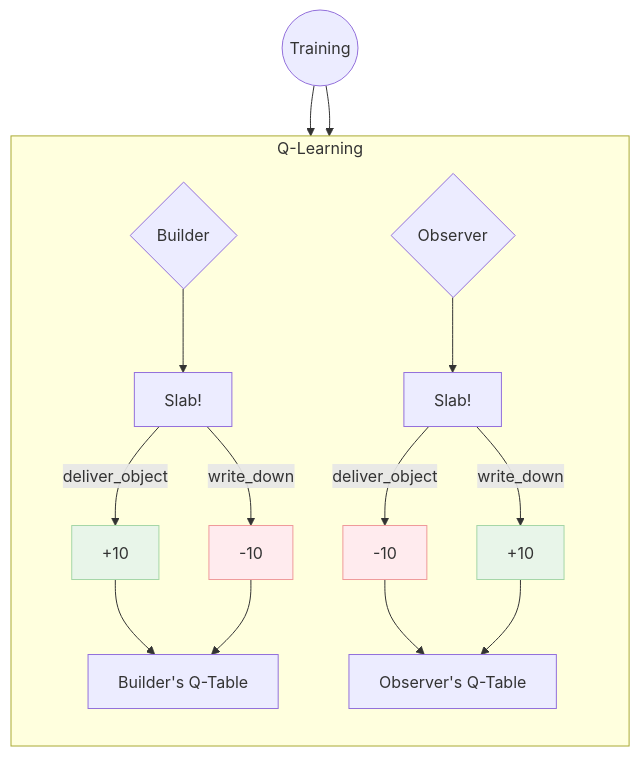
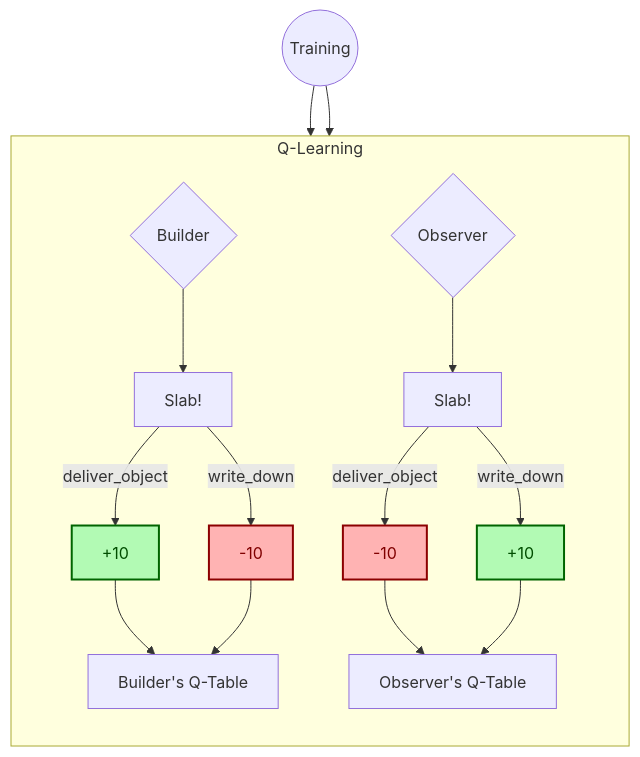
The first of 2 diagrams in README.md (leosantos2003/Language-Games), drawn with Mermaid before and after one commit.

````diff
--- a/README.md
+++ b/README.md
@@ -58,35 +58,36 @@
 ```mermaid
 graph TD
     %% --- INÍCIO ---
     Start((Training)) --> Ag1{Builder}
     Start --> Ag2{Observer}
 
     %% --- ÁREA Q-LEARNING ---
     subgraph Q_Learning [Q-Learning]
         direction TB
         
         %% Caminho do Agente 1
         Ag1 --> InputZ_A1["Slab!"]
         InputZ_A1 -- deliver_object --> Pos1[+10]:::greenish
         InputZ_A1 -- write_down --> Neg1[-10]:::reddish
         
         %% Agente 1 atualiza a Q-Table 1
         Pos1 --> QT1[Builder's Q-Table]
         Neg1 --> QT1
 
         %% Caminho do Agente 2
         Ag2 --> InputZ_A2["Slab!"]
         InputZ_A2 -- deliver_object --> Pos2[-10]:::reddish
         InputZ_A2 -- write_down --> Neg2[+10]:::greenish
 
         %% Agente 2 atualiza a Q-Table 2
         Pos2 --> QT2[Observer's Q-Table]
         Neg2 --> QT2
     end
 
-    %% --- DEFINIÇÃO DE ESTILOS SUAVES ---
-    %% Verde claro para positivo
-    classDef greenish fill:#e8f5e9,stroke:#a5d6a7,stroke-width:1px;
-    %% Vermelho claro para negativo
-    classDef reddish fill:#ffebee,stroke:#ef9a9a,stroke-width:1px;
+    %% --- DEFINIÇÃO DE ESTILOS FORTES ---
+    %% Verde mais intenso com borda e texto verde-escuro
+    classDef greenish fill:#b2fab4,stroke:#006400,stroke-width:2px,color:#004d00;
+    
+    %% Vermelho mais intenso com borda e texto vermelho-escuro
+    classDef reddish fill:#ffb3b3,stroke:#8b0000,stroke-width:2px,color:#800000;
 ```
````
